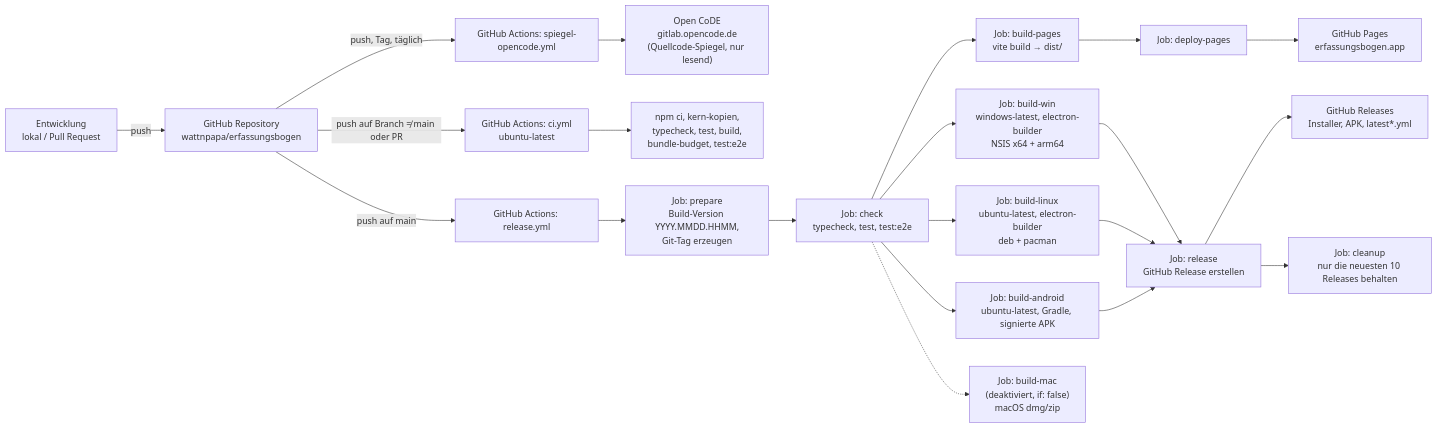
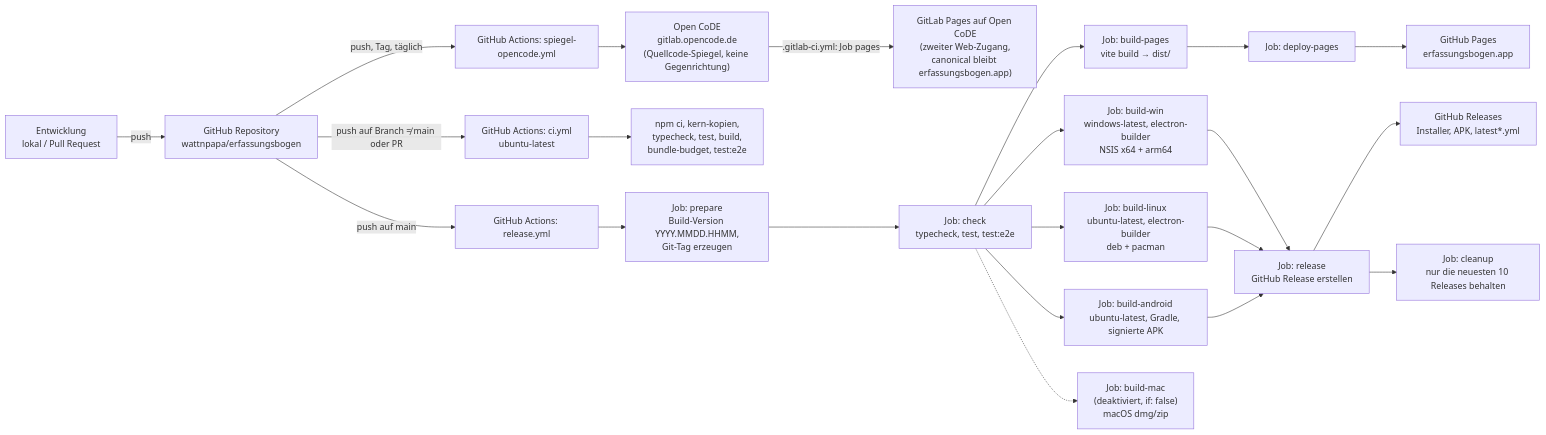
Before and after one commit to wattnpapa/erfassungsbogen: the tenth of 12 diagrams in docs/arc42-architektur.md, drawn with Mermaid. The commit also changed other lines of this file and 3 other files, not shown here.

First line of the commit message:
feat: Webfassung auch als GitLab Pages auf dem Open-CoDE-Spiegel

````diff
--- a/docs/arc42-architektur.md
+++ b/docs/arc42-architektur.md
@@ -803,22 +820,23 @@
 ```mermaid
 flowchart LR
   Dev["Entwicklung<br/>lokal / Pull Request"] -->|push| Repo["GitHub Repository<br/>wattnpapa/erfassungsbogen"]
   Repo -->|"push, Tag, täglich"| Spiegel["GitHub Actions: spiegel-opencode.yml"]
-  Spiegel --> OC["Open CoDE<br/>gitlab.opencode.de<br/>(Quellcode-Spiegel, nur lesend)"]
+  Spiegel --> OC["Open CoDE<br/>gitlab.opencode.de<br/>(Quellcode-Spiegel, keine Gegenrichtung)"]
+  OC -->|".gitlab-ci.yml: Job pages"| OCP["GitLab Pages auf Open CoDE<br/>(zweiter Web-Zugang,<br/>canonical bleibt erfassungsbogen.app)"]
   Repo -->|"push auf Branch ≠ main oder PR"| CI["GitHub Actions: ci.yml<br/>ubuntu-latest"]
   CI --> CIS["npm ci, kern-kopien,<br/>typecheck, test, build,<br/>bundle-budget, test:e2e"]
   Repo -->|"push auf main"| REL["GitHub Actions: release.yml"]
   REL --> Prep["Job: prepare<br/>Build-Version YYYY.MMDD.HHMM,<br/>Git-Tag erzeugen"]
   Prep --> Check["Job: check<br/>typecheck, test, test:e2e"]
   Check --> Pages["Job: build-pages<br/>vite build → dist/"]
   Pages --> Deploy["Job: deploy-pages"] --> GHP["GitHub Pages<br/>erfassungsbogen.app"]
   Check --> Win["Job: build-win<br/>windows-latest, electron-builder<br/>NSIS x64 + arm64"]
   Check --> Linux["Job: build-linux<br/>ubuntu-latest, electron-builder<br/>deb + pacman"]
   Check --> Android["Job: build-android<br/>ubuntu-latest, Gradle, signierte APK"]
   Check -.-> Mac["Job: build-mac<br/>(deaktiviert, if: false)<br/>macOS dmg/zip"]
   Win --> Release["Job: release<br/>GitHub Release erstellen"]
   Linux --> Release
   Android --> Release
   Release --> GHR["GitHub Releases<br/>Installer, APK, latest*.yml"]
   Release --> Cleanup["Job: cleanup<br/>nur die neuesten 10 Releases behalten"]
 ```
````
